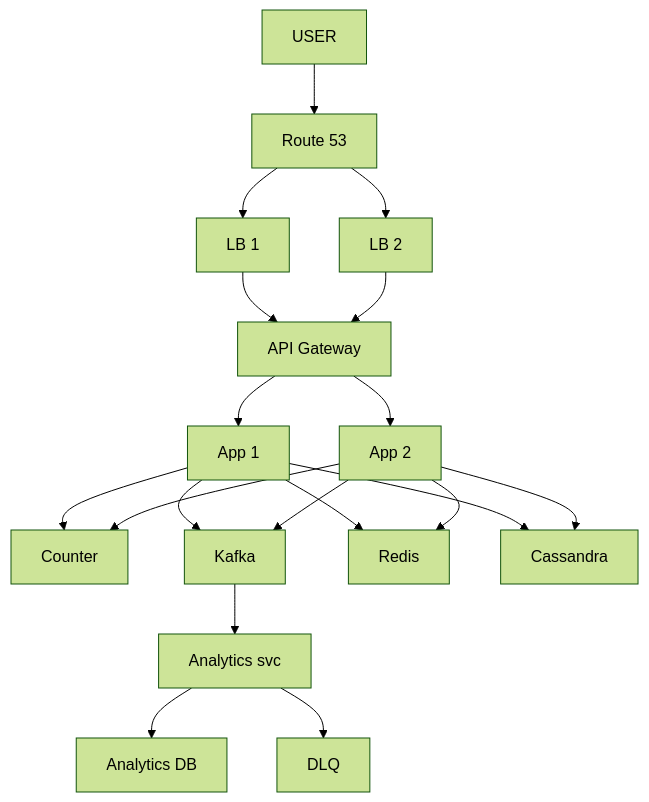
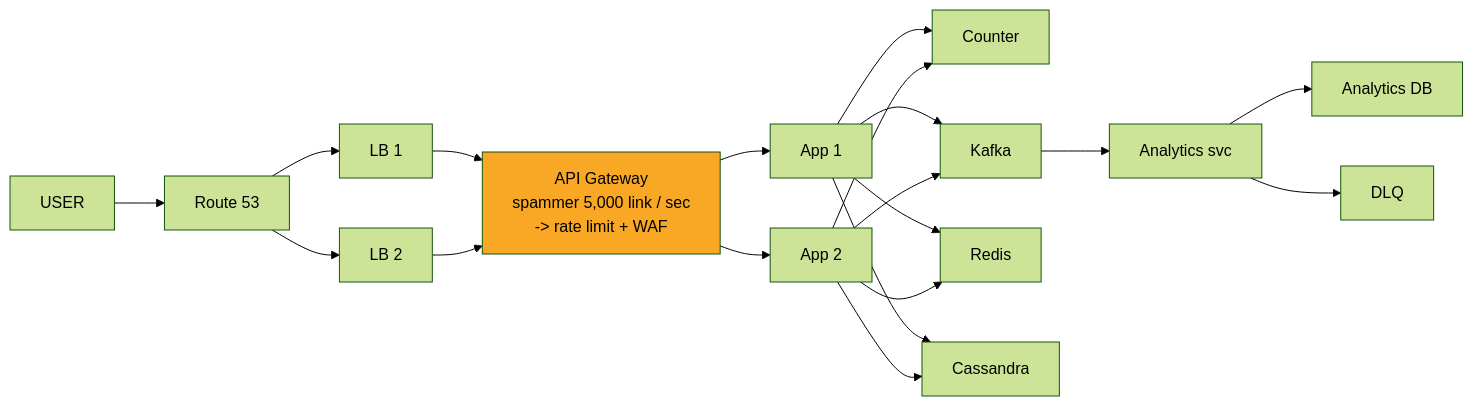
The ninth of 10 diagrams in 04_HLD/SYSTEM_DESIGNS/01_url_shortener/01_url_shortener.md (ArpanMaheshwari144/Prep), drawn with Mermaid (forest theme) before and after one commit. The commit also changed other lines of this file and 2 other files, not shown here.

Commit message:
url shortener, rate limiter, twitter: one-day story, short cards, follow-ups with rules, highlighted diagrams

````diff
--- a/04_HLD/SYSTEM_DESIGNS/01_url_shortener/01_url_shortener.md
+++ b/04_HLD/SYSTEM_DESIGNS/01_url_shortener/01_url_shortener.md
@@ -482,35 +420,36 @@
 ```mermaid
-flowchart TD
+flowchart LR
     n_USER["USER"]
     n_Route_53["Route 53"]
-    n_API_Gateway["API Gateway"]
+    n_API_Gateway["API Gateway<br/>spammer 5,000 link / sec<br/>-> rate limit + WAF"]
     n_LB_1["LB 1"]
     n_LB_2["LB 2"]
     n_App_x_N_1["App 1"]
     n_App_x_N_2["App 2"]
     n_Counter["Counter"]
     n_Kafka["Kafka"]
     n_Analytics_svc["Analytics svc"]
     n_Analytics_DB["Analytics DB"]
     n_DLQ["DLQ"]
     n_Redis["Redis"]
     n_Cassandra["Cassandra"]
     n_USER --> n_Route_53
     n_Route_53 --> n_LB_1
     n_Route_53 --> n_LB_2
     n_LB_1 --> n_API_Gateway
     n_LB_2 --> n_API_Gateway
     n_API_Gateway --> n_App_x_N_1
     n_API_Gateway --> n_App_x_N_2
     n_App_x_N_1 --> n_Counter
     n_App_x_N_2 --> n_Counter
     n_App_x_N_1 --> n_Kafka
     n_App_x_N_2 --> n_Kafka
     n_App_x_N_1 --> n_Redis
     n_App_x_N_2 --> n_Redis
     n_Kafka --> n_Analytics_svc
     n_Analytics_svc --> n_Analytics_DB
     n_App_x_N_1 --> n_Cassandra
     n_App_x_N_2 --> n_Cassandra
     n_Analytics_svc --> n_DLQ
+    style n_API_Gateway fill:#f9a825,color:#000
 ```
````
